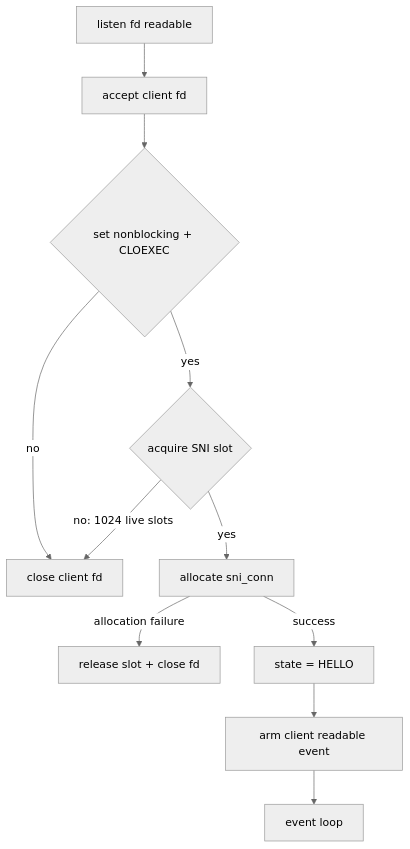
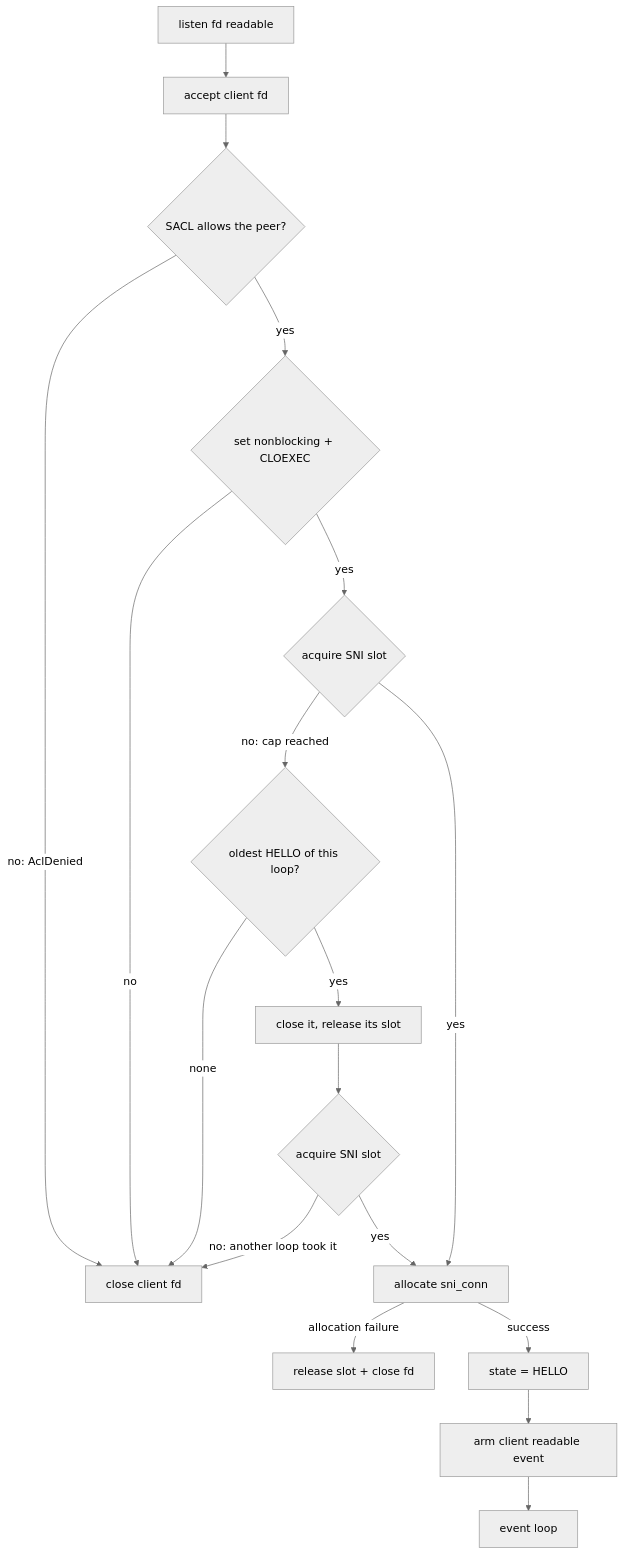
Before and after one commit to 0x7a657573/zroxy: the fourth of 11 diagrams in ARCHITECTURE.md, drawn with Mermaid (neutral theme). The commit also changed other lines of this file and 1 other file, not shown here.

First line of the commit message:
docs: describe SNI limits and per-IP limits in the firewall

````diff
--- a/ARCHITECTURE.md
+++ b/ARCHITECTURE.md
@@ -433,13 +435,20 @@
 ```mermaid
 flowchart TD
     A[listen fd readable] --> B[accept client fd]
-    B --> C{set nonblocking + CLOEXEC}
+    B --> S{SACL allows the peer?}
+    S -- no: AclDenied --> X
+    S -- yes --> C{set nonblocking + CLOEXEC}
     C -- no --> X[close client fd]
     C -- yes --> D{acquire SNI slot}
-    D -- no: 1024 live slots --> X
-    D -- yes --> E[allocate sni_conn]
+    D -- no: cap reached --> V{oldest HELLO of this loop?}
+    V -- none --> X
+    V -- yes --> W[close it, release its slot]
+    W --> D2{acquire SNI slot}
+    D2 -- no: another loop took it --> X
+    D2 -- yes --> E[allocate sni_conn]
+    D -- yes --> E
     E -- allocation failure --> F[release slot + close fd]
     E -- success --> G[state = HELLO]
     G --> H[arm client readable event]
     H --> I[event loop]
 ```
````
